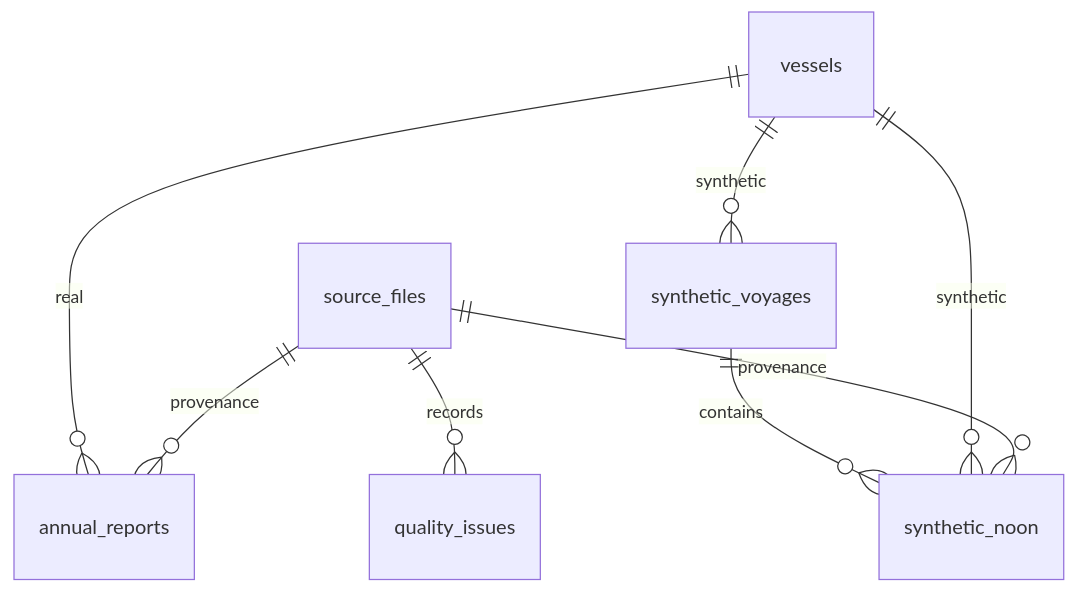
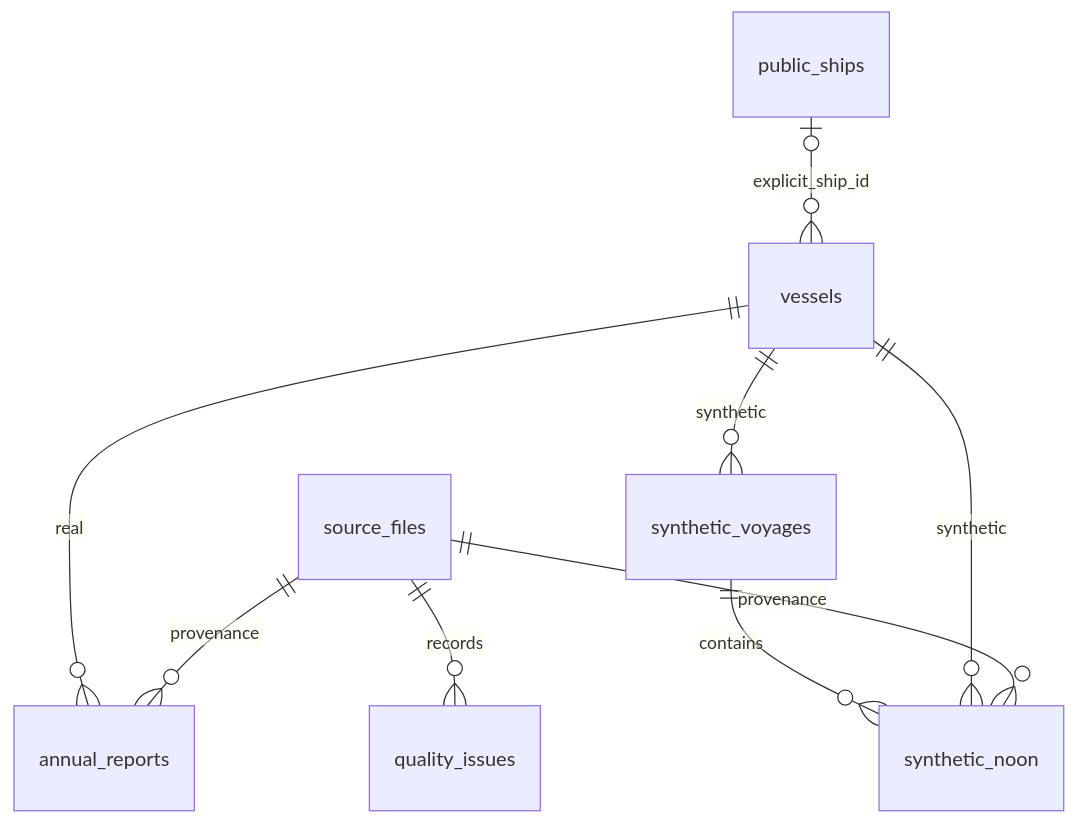
The second of 2 diagrams in docs/data-model.md (JongmuLee/sea-the-answer), drawn with Mermaid before and after one commit. The commit also changed other lines of this file and 55 other files, not shown here.

````diff
--- a/docs/data-model.md
+++ b/docs/data-model.md
@@ -176,10 +177,11 @@
 ```mermaid
 erDiagram
+  public_ships o|--o{ vessels : explicit_ship_id
   source_files ||--o{ annual_reports : provenance
   source_files ||--o{ synthetic_noon : provenance
   source_files ||--o{ quality_issues : records
   vessels ||--o{ annual_reports : real
   vessels ||--o{ synthetic_voyages : synthetic
   vessels ||--o{ synthetic_noon : synthetic
   synthetic_voyages ||--o{ synthetic_noon : contains
 ```
````
